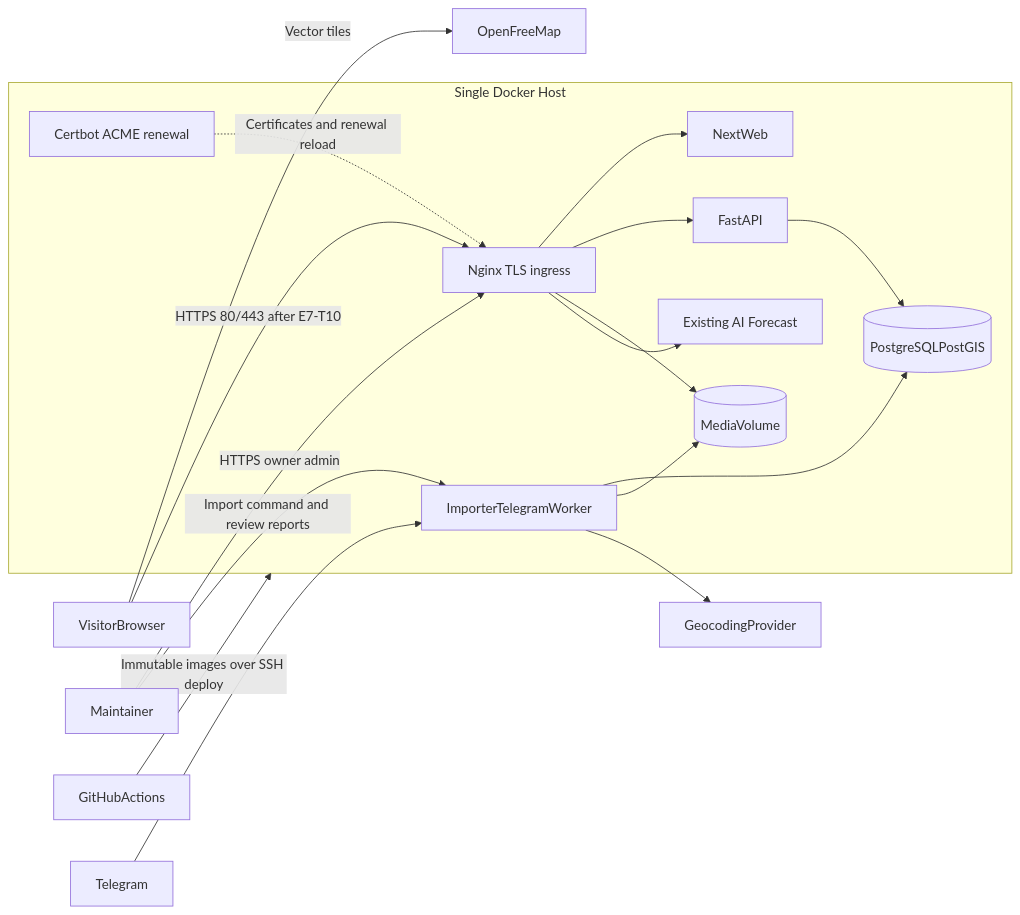
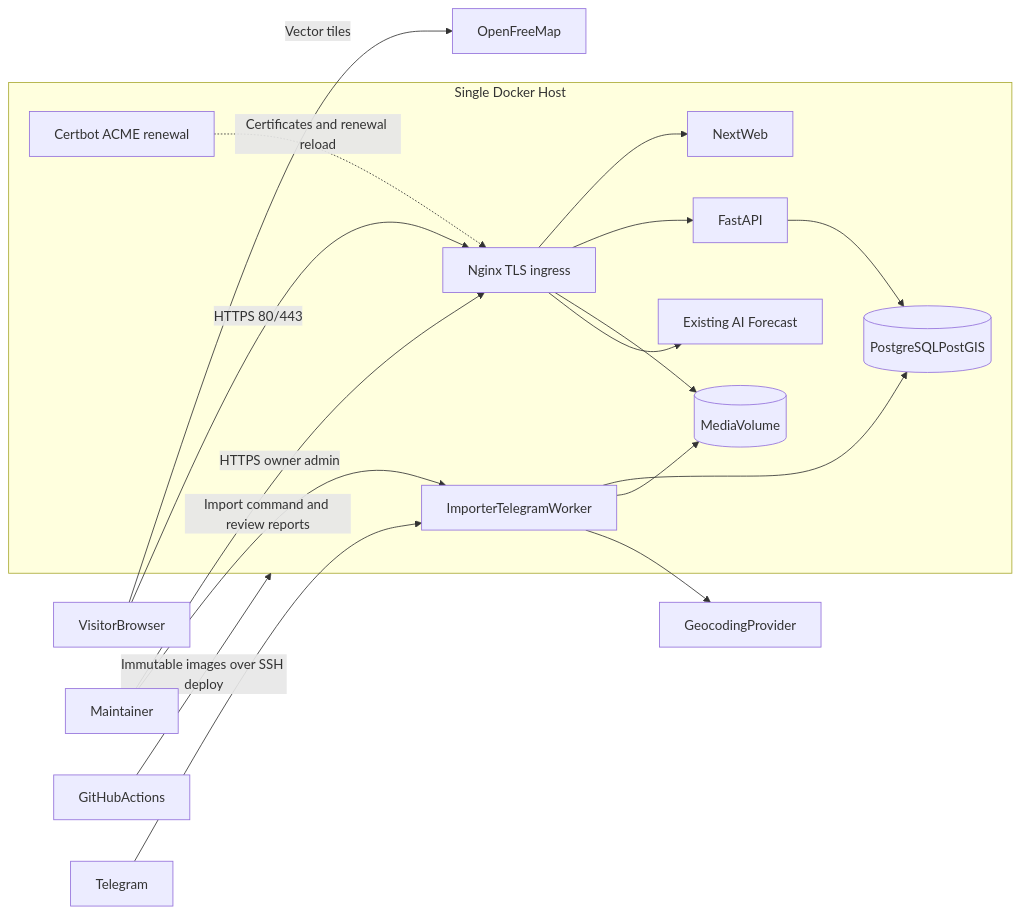
One commit to Flippylolz/WEF changed the first of 2 diagrams in AI/architecture/SYSTEM.md. Above: the diagram before and after it, drawn with Mermaid. The commit also changed other lines of this file and 25 other files, not shown here.

````diff
--- a/AI/architecture/SYSTEM.md
+++ b/AI/architecture/SYSTEM.md
@@ -15,36 +15,36 @@
 ```mermaid
 flowchart LR
     visitor[VisitorBrowser]
     maintainer[Maintainer]
     github[GitHubActions]
     telegram[Telegram]
     geocoder[GeocodingProvider]
     tiles[OpenFreeMap]
 
     subgraph server [Single Docker Host]
         nginx[Nginx TLS ingress]
         certbot[Certbot ACME renewal]
         web[NextWeb]
         api[FastAPI]
         worker[ImporterTelegramWorker]
         db[(PostgreSQLPostGIS)]
         media[(MediaVolume)]
         forecast[Existing AI Forecast]
     end
 
-    visitor -->|"HTTPS 80/443 after E7-T10"| nginx
+    visitor -->|"HTTPS 80/443"| nginx
     visitor -->|"Vector tiles"| tiles
     nginx --> web
     nginx --> api
     nginx --> media
     nginx --> forecast
     certbot -.->|"Certificates and renewal reload"| nginx
     api --> db
     worker --> db
     worker --> media
     worker --> geocoder
     telegram --> worker
     maintainer -->|"HTTPS owner admin"| nginx
     maintainer -->|"Import command and review reports"| worker
     github -->|"Immutable images over SSH deploy"| server
 ```
````
